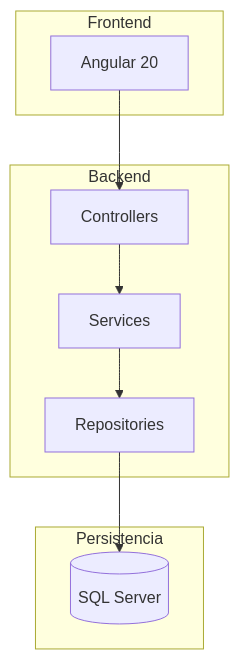
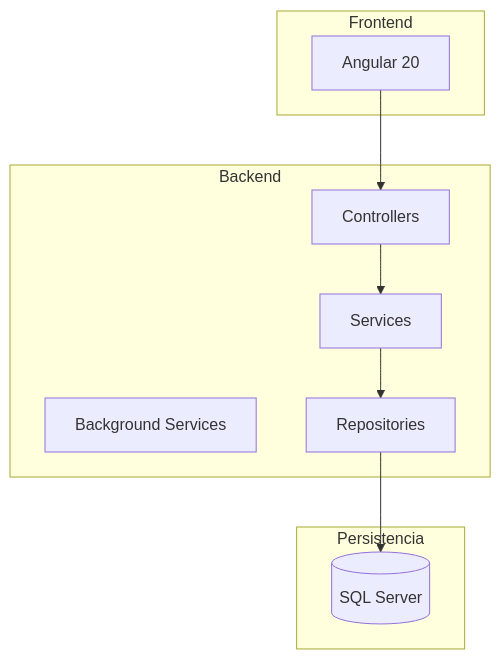
The second of 4 diagrams in docs/DOC-13-Arquitectura de Software.md (acifuinaMar/ClimGuard), drawn with Mermaid before and after one commit. The commit also changed other lines of this file and 7 other files, not shown here.

````diff
--- a/docs/DOC-13-Arquitectura de Software.md
+++ b/docs/DOC-13-Arquitectura de Software.md
@@ -63,22 +63,23 @@
 ```mermaid
 flowchart TB
 
 subgraph Frontend
 Angular["Angular 20"]
 end
 
 subgraph Backend
 Controllers["Controllers"]
 Services["Services"]
+BackgroundServices["Background Services"]
 Repositories["Repositories"]
 end
 
 subgraph Persistencia
 SQL[(SQL Server)]
 end
 
 Angular --> Controllers
 Controllers --> Services
 Services --> Repositories
 Repositories --> SQL
 ```
````
